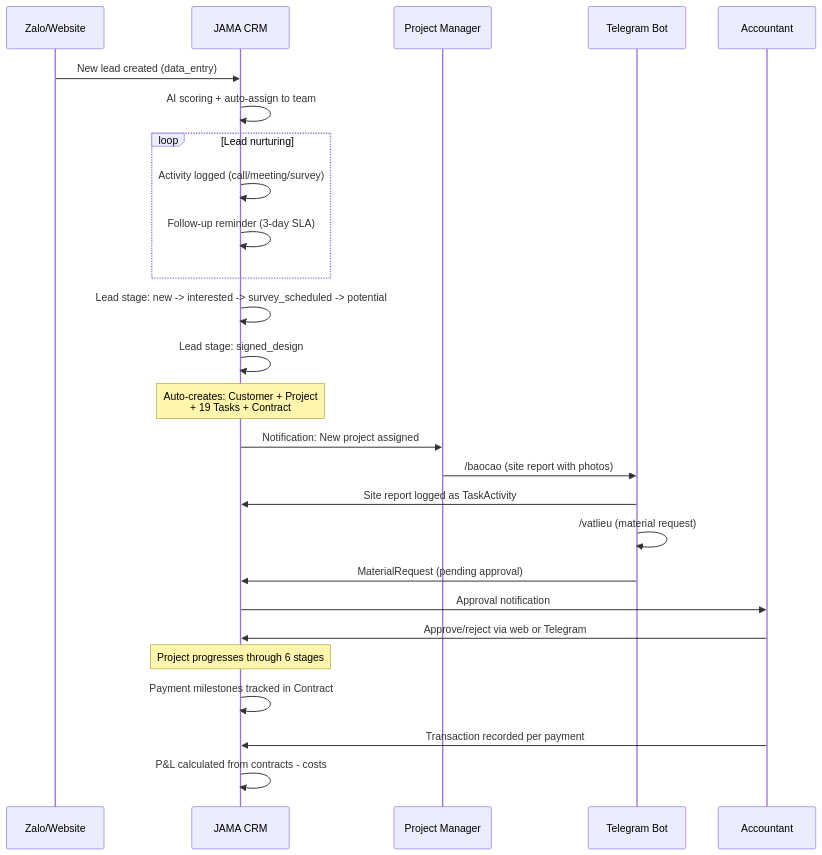
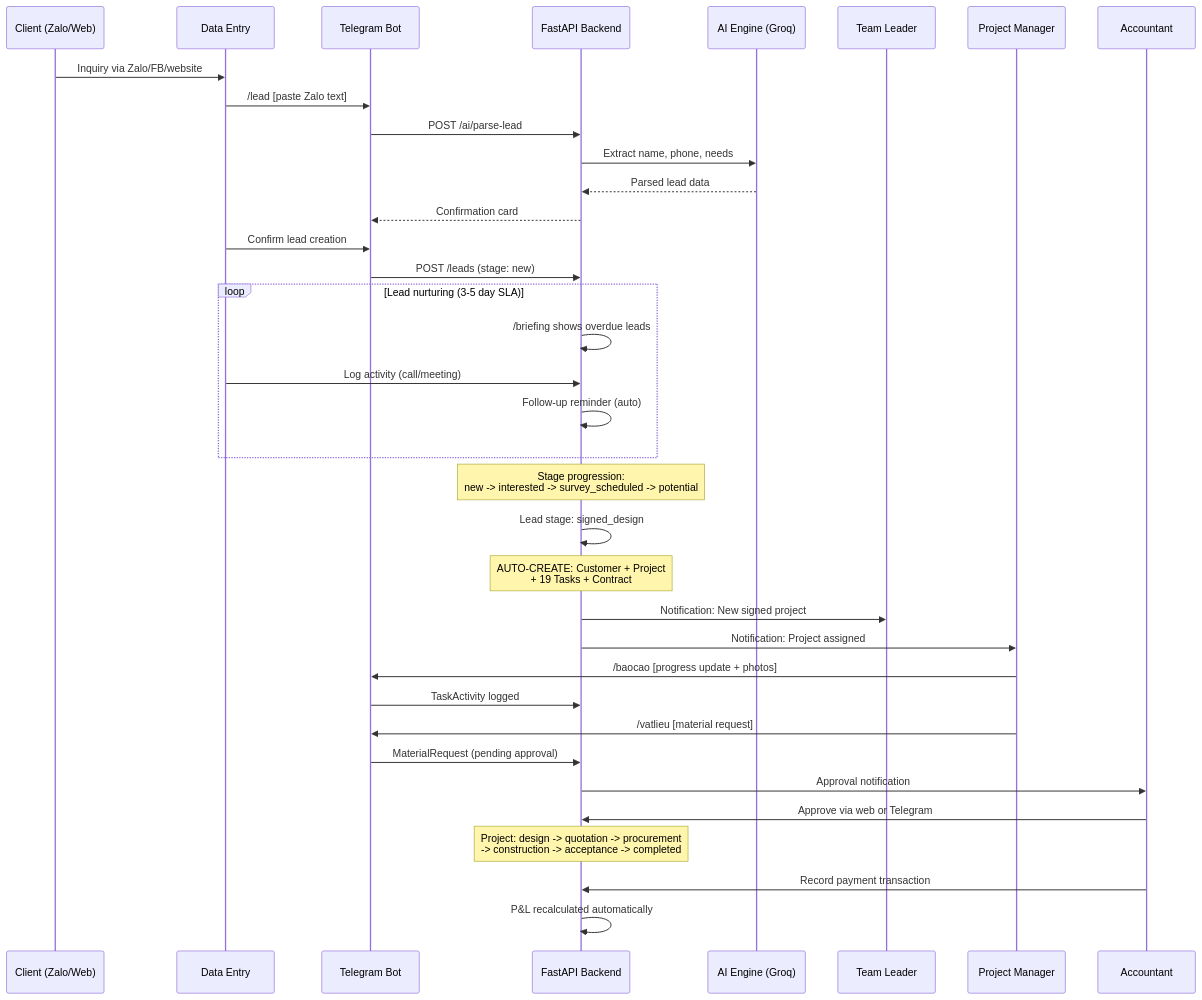
One commit to anhthien8/jamaerp changed the second of 7 diagrams in docs/00-System-Architecture.md. Above: the diagram before and after it, drawn with Mermaid. The commit also changed other lines of this file and 28 other files, not shown here.

````diff
--- a/docs/00-System-Architecture.md
+++ b/docs/00-System-Architecture.md
@@ -140,29 +182,48 @@
 ```mermaid
 sequenceDiagram
-    participant Zalo as Zalo/Website
-    participant CRM as JAMA CRM
+    participant Client as Client (Zalo/Web)
+    participant DE as Data Entry
+    participant Bot as Telegram Bot
+    participant CRM as FastAPI Backend
+    participant AI as AI Engine (Groq)
+    participant Leader as Team Leader
     participant PM as Project Manager
-    participant TG as Telegram Bot
-    participant ACC as Accountant
+    participant Acct as Accountant
 
-    Zalo->>CRM: New lead created (data_entry)
-    CRM->>CRM: AI scoring + auto-assign to team
-    loop Lead nurturing
-        CRM->>CRM: Activity logged (call/meeting/survey)
-        CRM->>CRM: Follow-up reminder (3-day SLA)
+    Client->>DE: Inquiry via Zalo/FB/website
+    DE->>Bot: /lead [paste Zalo text]
+    Bot->>CRM: POST /ai/parse-lead
+    CRM->>AI: Extract name, phone, needs
+    AI-->>CRM: Parsed lead data
+    CRM-->>Bot: Confirmation card
+    DE->>Bot: Confirm lead creation
+    Bot->>CRM: POST /leads (stage: new)
+
+    loop Lead nurturing (3-5 day SLA)
+        CRM->>CRM: /briefing shows overdue leads
+        DE->>CRM: Log activity (call/meeting)
+        CRM->>CRM: Follow-up reminder (auto)
     end
-    CRM->>CRM: Lead stage: new -> interested -> survey_scheduled -> potential
+
+    Note over CRM: Stage progression:<br/>new -> interested -> survey_scheduled -> potential
+
     CRM->>CRM: Lead stage: signed_design
-    Note over CRM: Auto-creates: Customer + Project<br/>+ 19 Tasks + Contract
-    CRM->>PM: Notification: New project assigned
-    PM->>TG: /baocao (site report with photos)
-    TG->>CRM: Site report logged as TaskActivity
-    TG->>TG: /vatlieu (material request)
-    TG->>CRM: MaterialRequest (pending approval)
-    CRM->>ACC: Approval notification
-    ACC->>CRM: Approve/reject via web or Telegram
-    Note over CRM: Project progresses through 6 stages
-    CRM->>CRM: Payment milestones tracked in Contract
-    ACC->>CRM: Transaction recorded per payment
-    CRM->>CRM: P&L calculated from contracts - costs
+    Note over CRM: AUTO-CREATE: Customer + Project<br/>+ 19 Tasks + Contract
+
+    CRM->>Leader: Notification: New signed project
+    CRM->>PM: Notification: Project assigned
+
+    PM->>Bot: /baocao [progress update + photos]
+    Bot->>CRM: TaskActivity logged
+
+    PM->>Bot: /vatlieu [material request]
+    Bot->>CRM: MaterialRequest (pending approval)
+    CRM->>Acct: Approval notification
+
+    Acct->>CRM: Approve via web or Telegram
+
+    Note over CRM: Project: design -> quotation -> procurement<br/>-> construction -> acceptance -> completed
+
+    Acct->>CRM: Record payment transaction
+    CRM->>CRM: P&L recalculated automatically
 ```
````
